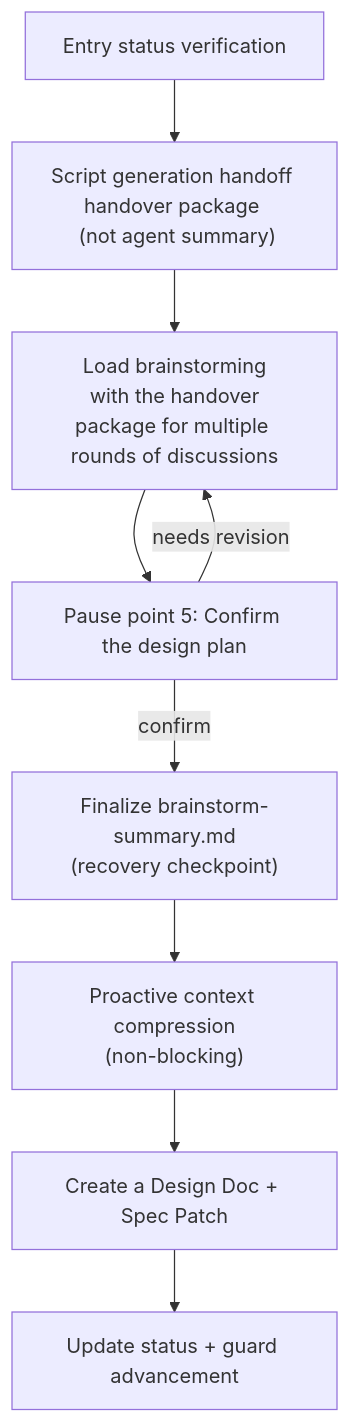
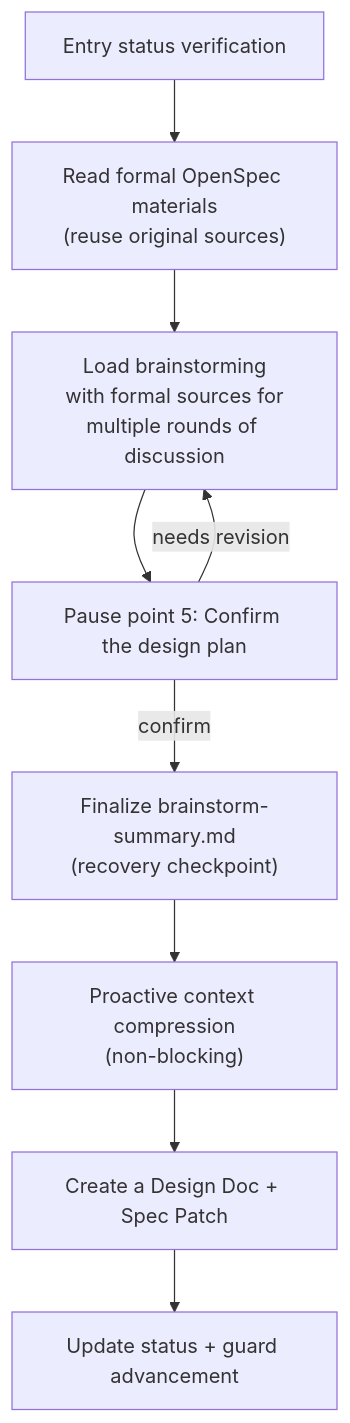
Before and after one commit to rpamis/comet-website-docs: the diagram in en/phases/design.mdx, drawn with Mermaid. The commit also changed other lines of this file and 124 other files, not shown here.

````diff
--- a/en/phases/design.mdx
+++ b/en/phases/design.mdx
@@ -37,11 +37,11 @@
 ```mermaid
 flowchart TD
-    Entry["Entry status verification"] --> S1a["Script generation handoff handover package <br/> (not agent summary)"]
-    S1a --> S1b["Load brainstorming<br/> with the handover package for multiple rounds of discussions"]
+    Entry["Entry status verification"] --> S1a["Read formal OpenSpec materials<br/>(reuse original sources)"]
+    S1a --> S1b["Load brainstorming<br/> with formal sources for multiple rounds of discussion"]
     S1b --> S1c["Pause point 5: Confirm the design plan"]
     S1c -->|needs revision| S1b
     S1c -->|confirm| S1d["Finalize brainstorm-summary.md<br/>(recovery checkpoint)"]
     S1d --> S1e["Proactive context compression<br/>(non-blocking)"]
     S1e --> S2["Create a Design Doc + Spec Patch"]
     S2 --> S3["Update status + guard advancement"]
 ```
````
